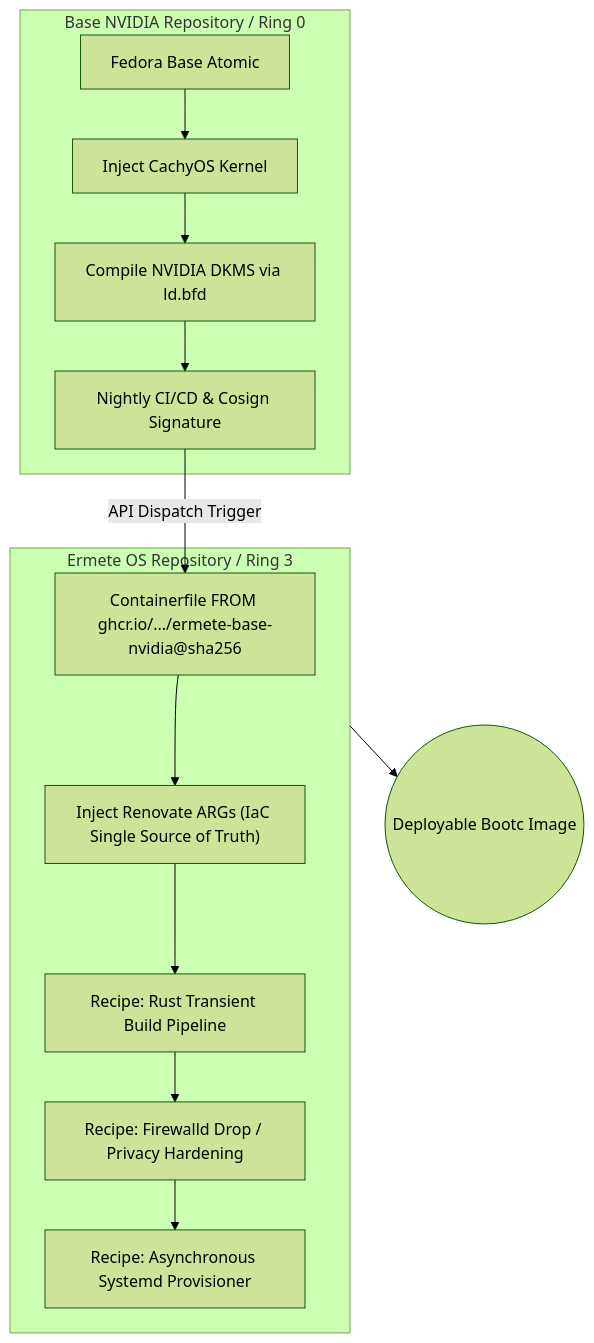
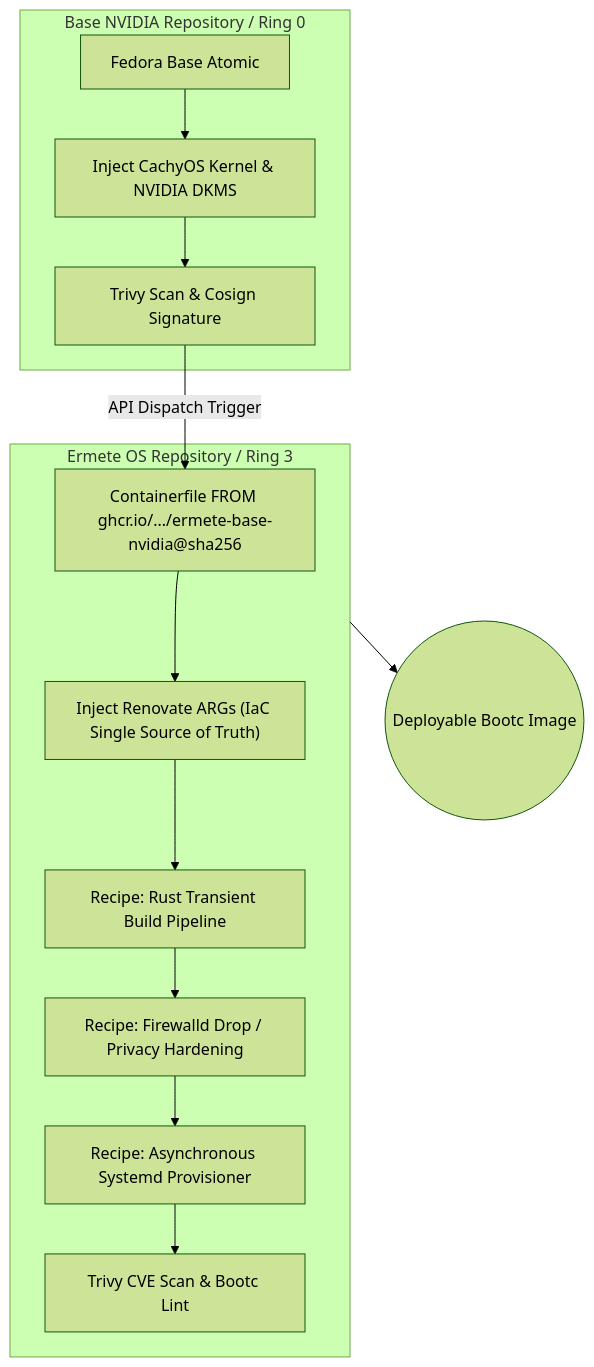
One commit to patapem/ermete-os changed the diagram in README.md. Above: the diagram before and after it, drawn with Mermaid (forest theme). The commit also changed other lines of this file and 26 other files, not shown here.

````diff
--- a/README.md
+++ b/README.md
@@ -15,16 +15,16 @@
 ```mermaid
 graph TD
     subgraph Layer0 [Base NVIDIA Repository / Ring 0]
-        A["Fedora Base Atomic"] --> B["Inject CachyOS Kernel"]
-        B --> C["Compile NVIDIA DKMS via ld.bfd"]
-        C --> D["Nightly CI/CD & Cosign Signature"]
+        A["Fedora Base Atomic"] --> B["Inject CachyOS Kernel & NVIDIA DKMS"]
+        B --> D["Trivy Scan & Cosign Signature"]
     end
     subgraph Layer1 [Ermete OS Repository / Ring 3]
         D -- "API Dispatch Trigger" --> E["Containerfile FROM ghcr.io/.../ermete-base-nvidia@sha256"]
         E --> F["Inject Renovate ARGs (IaC Single Source of Truth)"]
         F --> G["Recipe: Rust Transient Build Pipeline"]
         G --> H["Recipe: Firewalld Drop / Privacy Hardening"]
         H --> I["Recipe: Asynchronous Systemd Provisioner"]
+        I --> K["Trivy CVE Scan & Bootc Lint"]
     end
     Layer1 --> J(("Deployable Bootc Image"))
 ```
````
